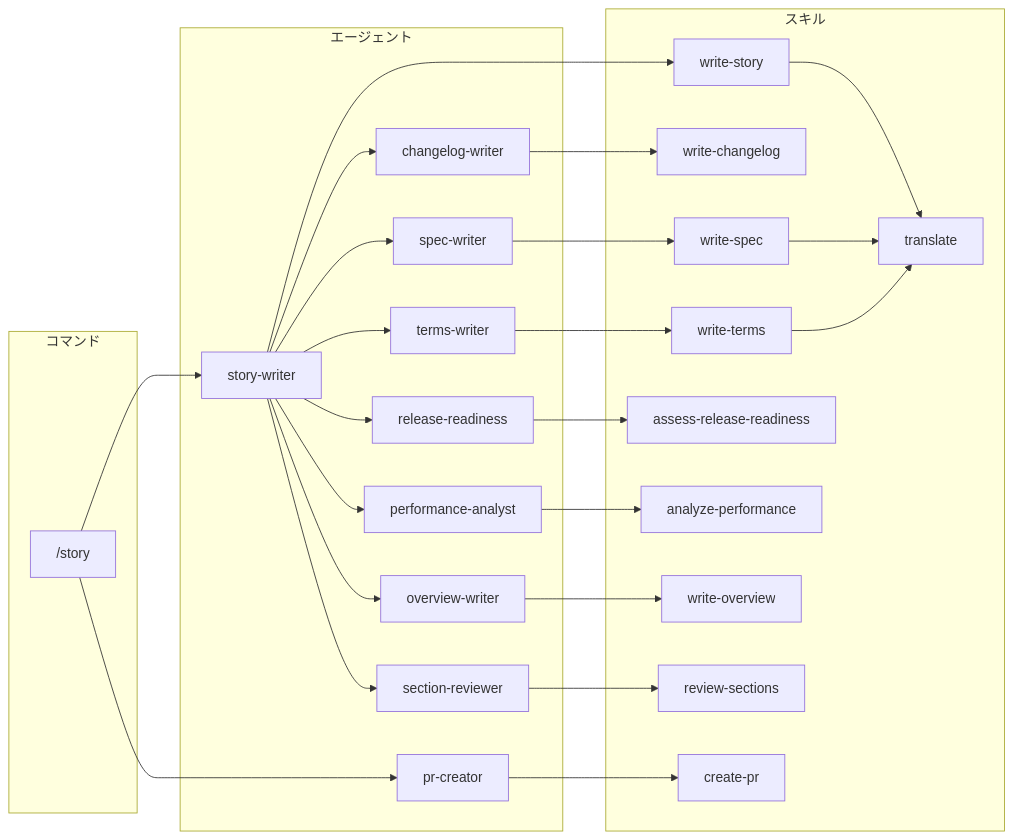
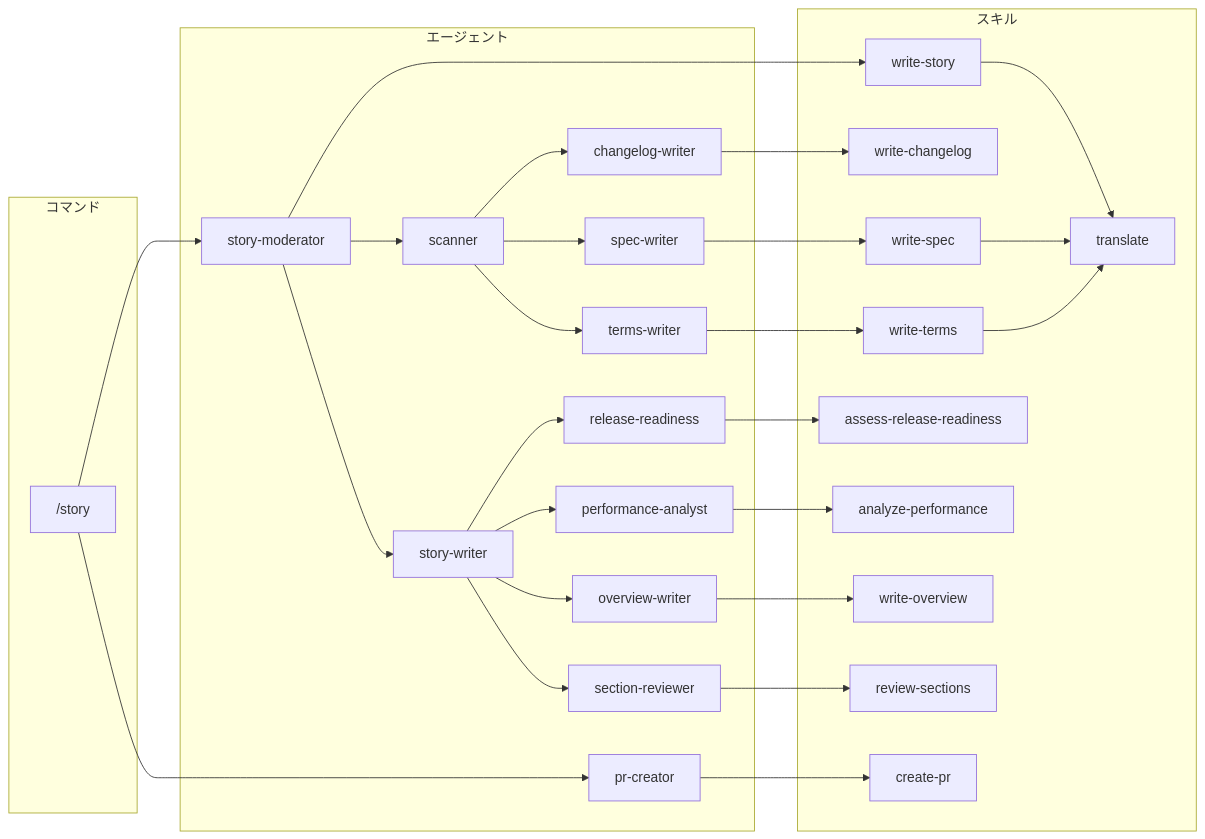
The fourth of 6 diagrams in .workaholic/specs/architecture_ja.md (qmu/workaholic), drawn with Mermaid before and after one commit. The commit also changed other lines of this file and 7 other files, not shown here.

First line of the commit message:
Add story-moderator and scanner to Reorganize Documentation Agents

````diff
--- a/.workaholic/specs/architecture_ja.md
+++ b/.workaholic/specs/architecture_ja.md
@@ -236,51 +240,56 @@
 ```mermaid
 flowchart LR
     subgraph コマンド
         story["/story"]
     end
 
     subgraph エージェント
+        sm[story-moderator]
+        sc[scanner]
         sw[story-writer]
         cw[changelog-writer]
         spw[spec-writer]
         tw[terms-writer]
         rr[release-readiness]
         pa[performance-analyst]
         ow[overview-writer]
         sr[section-reviewer]
         pc[pr-creator]
     end
 
     subgraph スキル
         ws[write-story]
         wc[write-changelog]
         wsp[write-spec]
         wt[write-terms]
         arr[assess-release-readiness]
         ap[analyze-performance]
         wo[write-overview]
         rs[review-sections]
         tr[translate]
         cp[create-pr]
     end
 
-    story --> sw
+    story --> sm
     story --> pc
 
-    sw --> cw & spw & tw & rr & pa & ow & sr
+    sm --> sc & sw
+
+    sc --> cw & spw & tw
+    sw --> rr & pa & ow & sr
 
     cw --> wc
     spw --> wsp
     tw --> wt
     rr --> arr
     pa --> ap
     ow --> wo
     sr --> rs
-    sw --> ws
+    sm --> ws
     pc --> cp
 
     %% Skill-to-skill
     ws --> tr
     wsp --> tr
     wt --> tr
 ```
````
